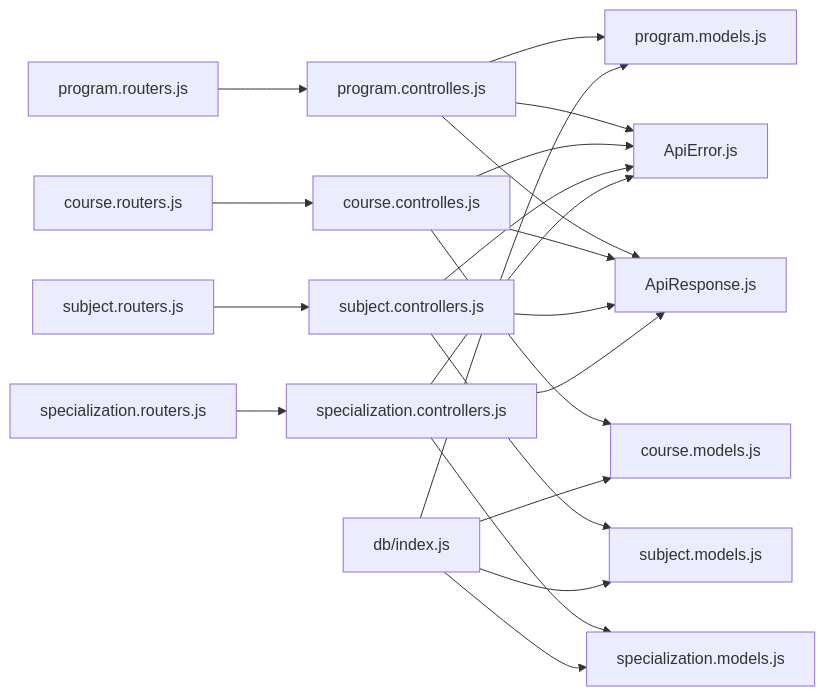
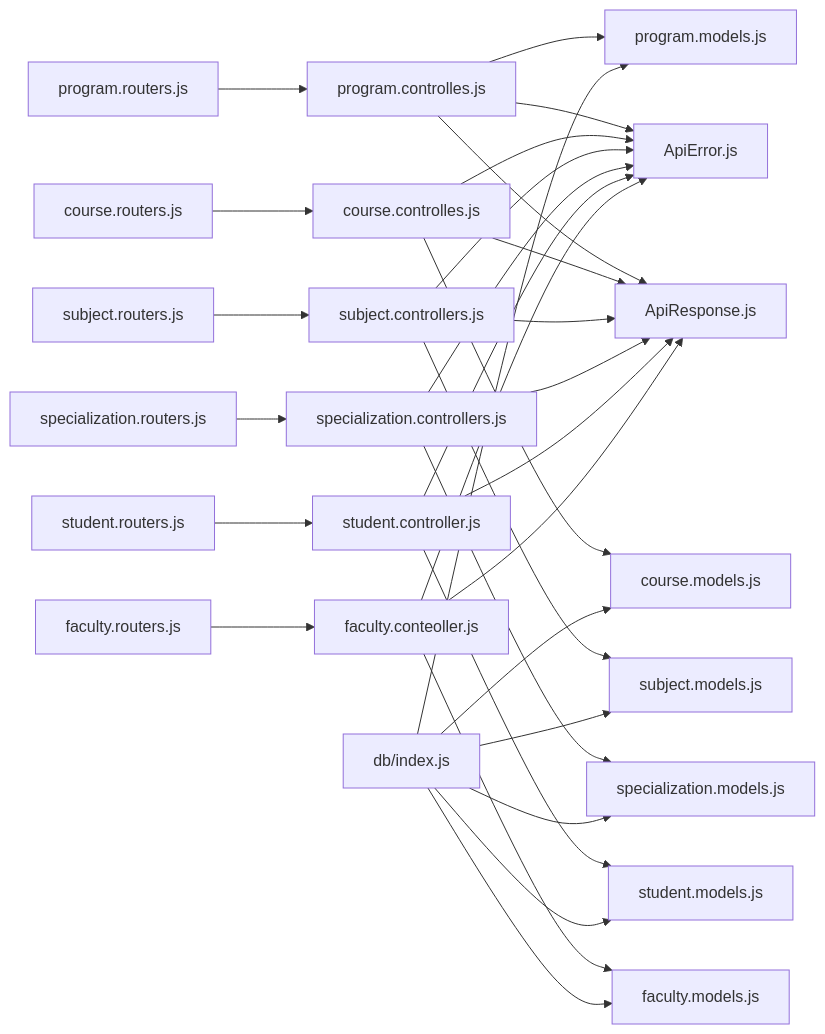
Before and after one commit to Aryan9060/Timetable-Project: the tenth of 10 diagrams in .qoder/repowiki/en/content/Data Models & Database Schema/Academic Entity Models.md, drawn with Mermaid. The commit also changed other lines of this file and 21 other files, not shown here.

````diff
--- a/.qoder/repowiki/en/content/Data Models & Database Schema/Academic Entity Models.md
+++ b/.qoder/repowiki/en/content/Data Models & Database Schema/Academic Entity Models.md
@@ -375,23 +570,33 @@
 ```mermaid
 graph LR
 RgP["program.routers.js"] --> CtrlP["program.controlles.js"]
 RgC["course.routers.js"] --> CtrlC["course.controlles.js"]
 RgS["subject.routers.js"] --> CtrlS["subject.controllers.js"]
 RgSp["specialization.routers.js"] --> CtrlSp["specialization.controllers.js"]
+RgSt["student.routers.js"] --> CtrlSt["student.controller.js"]
+RgF["faculty.routers.js"] --> CtrlF["faculty.conteoller.js"]
 CtrlP --> ModelP["program.models.js"]
 CtrlC --> ModelC["course.models.js"]
 CtrlS --> ModelS["subject.models.js"]
 CtrlSp --> ModelSp["specialization.models.js"]
+CtrlSt --> ModelSt["student.models.js"]
+CtrlF --> ModelF["faculty.models.js"]
 CtrlP --> UtilErr["ApiError.js"]
 CtrlC --> UtilErr
 CtrlS --> UtilErr
 CtrlSp --> UtilErr
+CtrlSt --> UtilErr
+CtrlF --> UtilErr
 CtrlP --> UtilRes["ApiResponse.js"]
 CtrlC --> UtilRes
 CtrlS --> UtilRes
 CtrlSp --> UtilRes
+CtrlSt --> UtilRes
+CtrlF --> UtilRes
 DBIdx["db/index.js"] --> ModelP
 DBIdx --> ModelC
 DBIdx --> ModelS
 DBIdx --> ModelSp
+DBIdx --> ModelSt
+DBIdx --> ModelF
 ```
````
